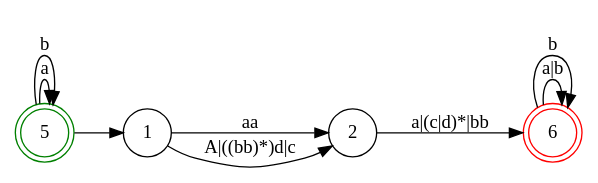
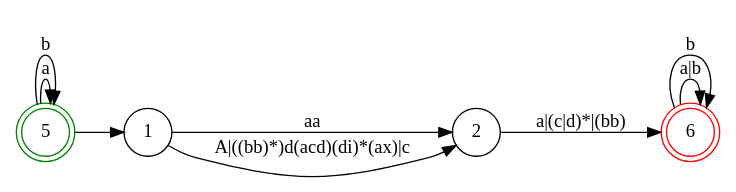
The diagram in scripts/lua/dot/NDF.dot (v012345/lua5.4.4), drawn with Graphviz before and after one commit. The commit also changed 1 other file, not shown here.

```diff
--- a/scripts/lua/dot/NDF.dot
+++ b/scripts/lua/dot/NDF.dot
@@ -1,16 +1,16 @@
 digraph NDF {
     rankdir = LR;
     size = "8,5";
     node [shape = doublecircle;];
     5 [color = green;];
     6 [color = red;];
     node [shape = circle;];
     5 -> 5 [label = "a";];
     5 -> 5 [label = "b";];
     5 -> 1 [label = "";];
     1 -> 2 [label = "aa";];
-    1 -> 2 [label = "A|((bb)*)d|c";];
-    2 -> 6 [label = "a|(c|d)*|bb";];
+    1 -> 2 [label = "A|((bb)*)d(acd)(di)*(ax)|c";];
+    2 -> 6 [label = "a|(c|d)*|(bb)";];
     6 -> 6 [label = "a|b";];
     6 -> 6 [label = "b";];
 }
```
